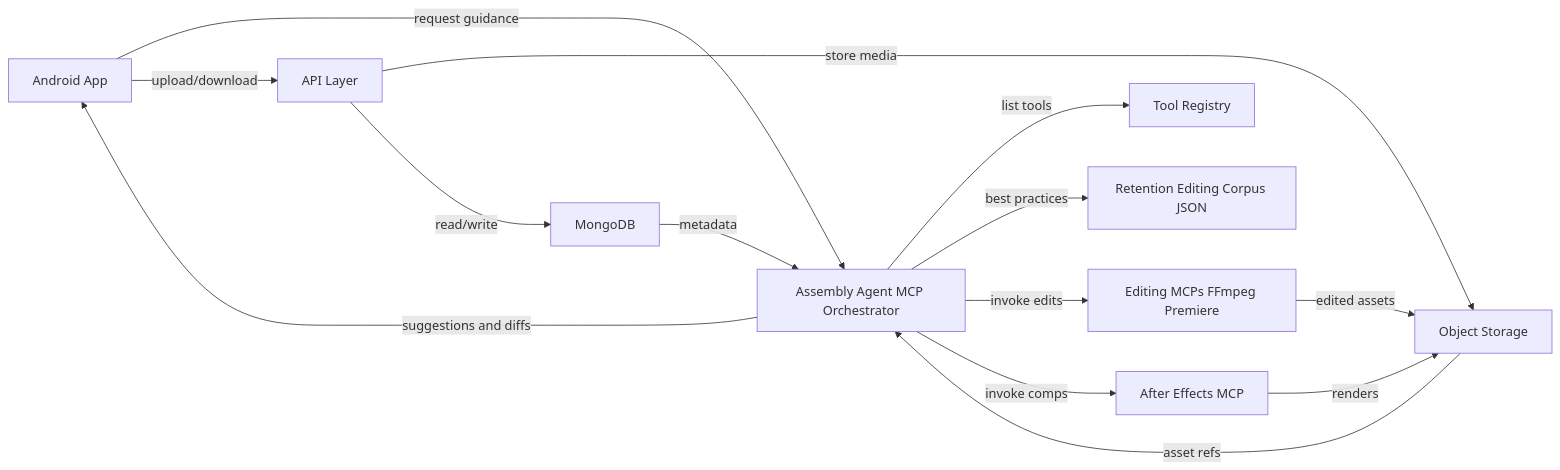
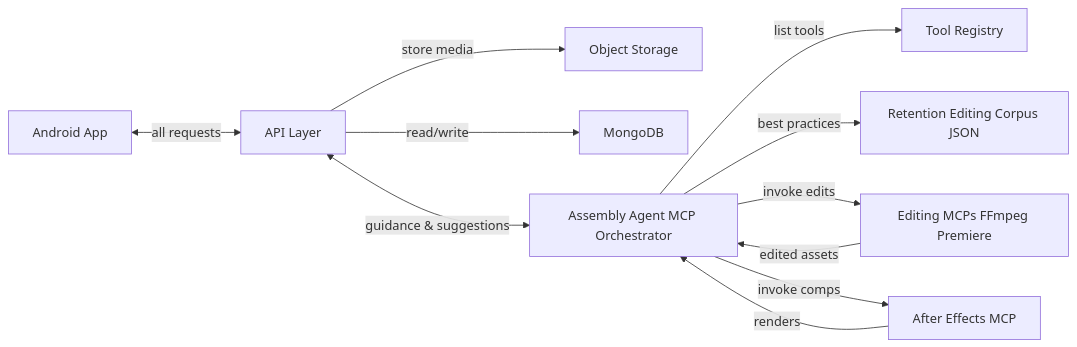
The diagram in docs/readme.md (AliRezaei-Code/Toronto_AI_Hack), drawn with Mermaid before and after one commit.

Commit message:
update mermaid

````diff
--- a/docs/readme.md
+++ b/docs/readme.md
@@ -7,22 +7,17 @@
 ```mermaid
 flowchart LR
-    A[Android App] -->|request guidance| M[Assembly Agent MCP Orchestrator]
-    A -->|upload/download| API[API Layer]
+    A[Android App] <-->|all requests| API[API Layer]
 
     API -->|store media| S[Object Storage]
     API -->|read/write| D[MongoDB]
+    API <-->|guidance & suggestions| M[Assembly Agent MCP Orchestrator]
 
     M -->|list tools| R[Tool Registry]
     M -->|best practices| C[Retention Editing Corpus JSON]
 
     M -->|invoke edits| F[Editing MCPs FFmpeg Premiere]
     M -->|invoke comps| E[After Effects MCP]
 
-    F -->|edited assets| S
-    E -->|renders| S
-
-    S -->|asset refs| M
-    D -->|metadata| M
-
-    M -->|suggestions and diffs| A
+    F -->|edited assets| M
+    E -->|renders| M
 ```
````
